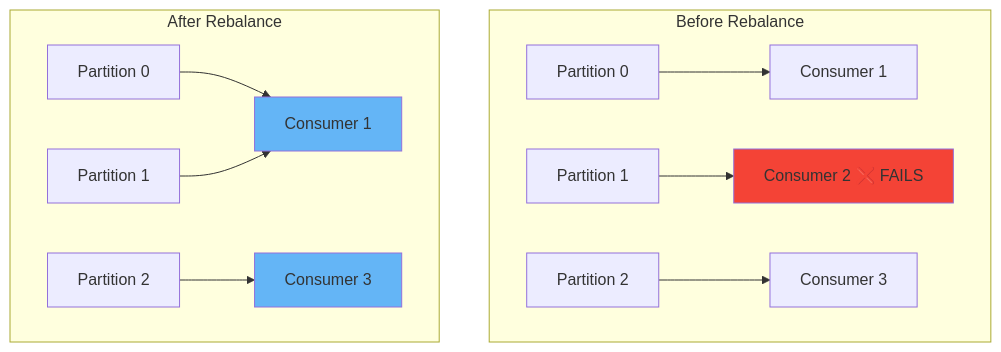
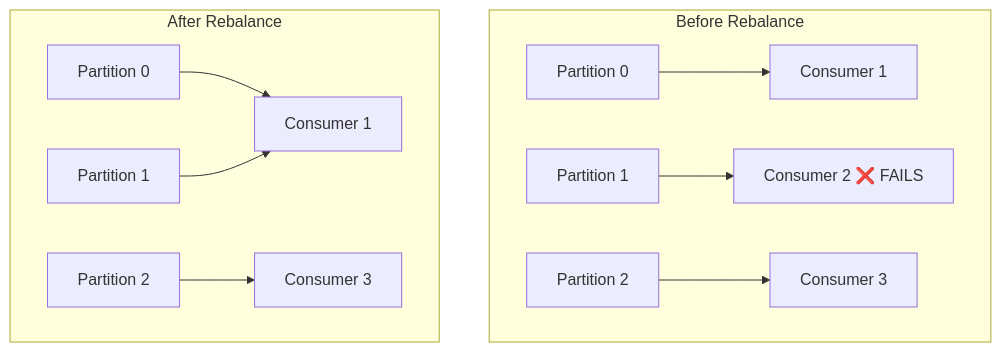
Before and after one commit to mombe090/techdocs: the fourth of 4 diagrams in docs/how-to/kafka-consume-messages.md, drawn with Mermaid. The commit also changed other lines of this file and 11 other files, not shown here.

First line of the commit message:
style: remove hardcoded Mermaid diagram colors for dark mode compatibility

````diff
--- a/docs/how-to/kafka-consume-messages.md
+++ b/docs/how-to/kafka-consume-messages.md
@@ -700,18 +689,15 @@
 ```mermaid
 graph TB
     subgraph "Before Rebalance"
     P0A[Partition 0] --> C1A[Consumer 1]
     P1A[Partition 1] --> C2A[Consumer 2 ❌ FAILS]
     P2A[Partition 2] --> C3A[Consumer 3]
     end
 
     subgraph "After Rebalance"
     P0B[Partition 0] --> C1B[Consumer 1]
     P1B[Partition 1] --> C1B
     P2B[Partition 2] --> C3B[Consumer 3]
     end
 
-    style C2A fill:#f44336
-    style C1B fill:#64b5f6
-    style C3B fill:#64b5f6
 ```
````
